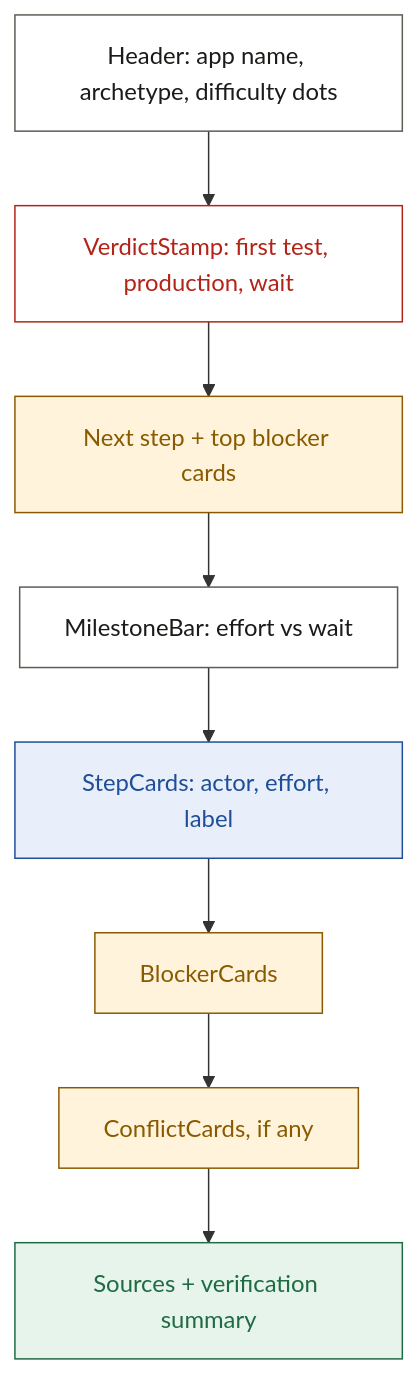
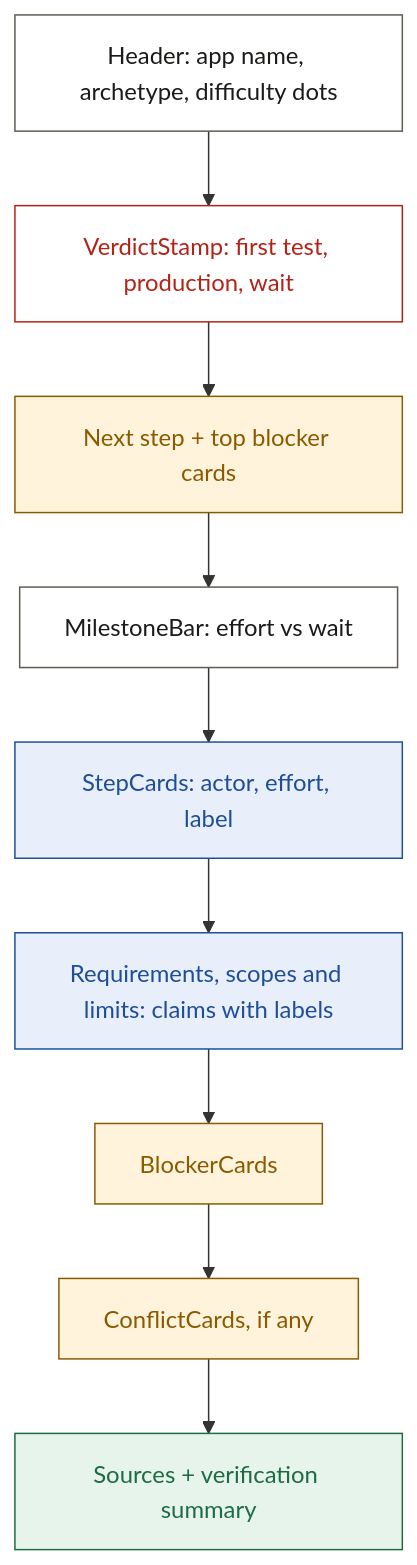
One commit to sahil-ladhania/stamp changed the diagram in docs/design-system.md. Above: the diagram before and after it, drawn with Mermaid. The commit also changed other lines of this file and 93 other files, not shown here.

````diff
--- a/docs/design-system.md
+++ b/docs/design-system.md
@@ -99,16 +99,17 @@
 ```mermaid
 flowchart TD
     H[Header: app name, archetype, difficulty dots]:::ink --> V[VerdictStamp: first test, production, wait]:::stamp
     V --> N[Next step + top blocker cards]:::unc
     N --> M[MilestoneBar: effort vs wait]:::ink
     M --> S[StepCards: actor, effort, label]:::src
-    S --> B[BlockerCards]:::unc
+    S --> R[Requirements, scopes and limits: claims with labels]:::src
+    R --> B[BlockerCards]:::unc
     B --> C[ConflictCards, if any]:::unc
     C --> F[Sources + verification summary]:::ok
 
     classDef ink fill:#FFFFFF,stroke:#5F5B53,color:#1C1B19
     classDef stamp fill:#FFFFFF,stroke:#B42318,color:#B42318
     classDef unc fill:#FFF4DB,stroke:#8A5A00,color:#8A5A00
     classDef src fill:#E8EFFA,stroke:#1F4E99,color:#1F4E99
     classDef ok fill:#E6F4EC,stroke:#1F6B43,color:#1F6B43
 ```
````
